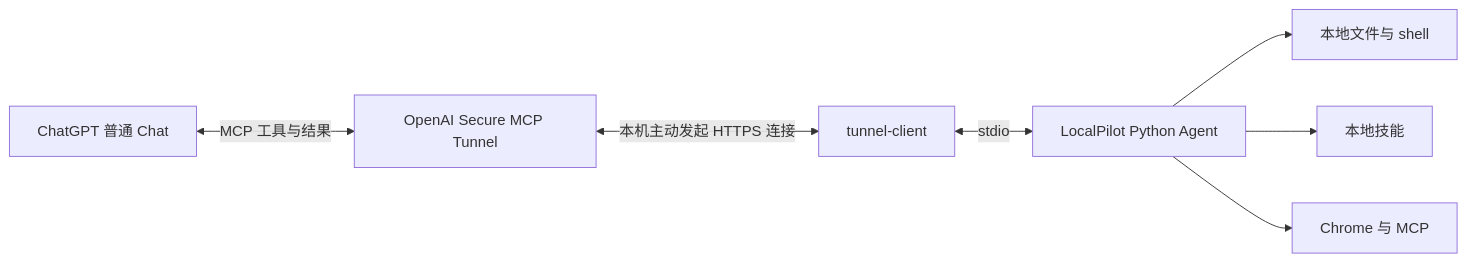
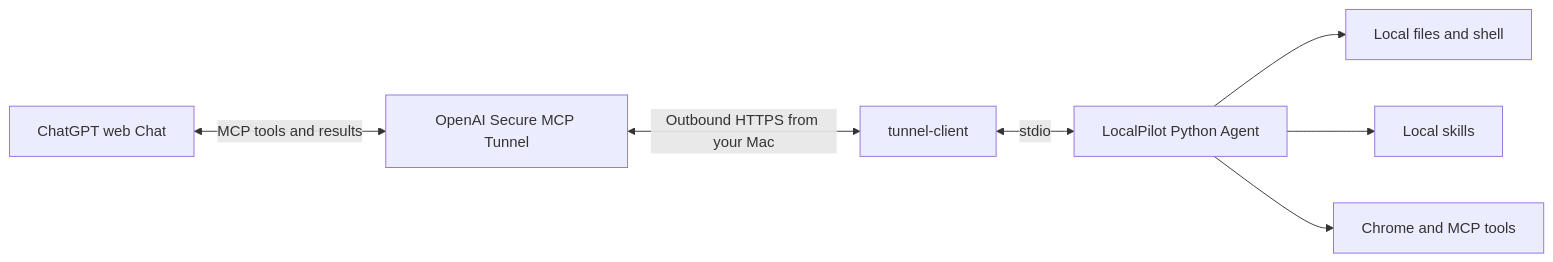
The diagram in README.md (a252937166/LocalPilot), drawn with Mermaid before and after one commit. The commit also changed other lines of this file and 3 other files, not shown here.

````diff
--- a/README.md
+++ b/README.md
@@ -37,9 +41,9 @@
 ```mermaid
 flowchart LR
-    A[ChatGPT 普通 Chat] <-->|MCP 工具与结果| B[OpenAI Secure MCP Tunnel]
-    B <-->|本机主动发起 HTTPS 连接| C[tunnel-client]
+    A[ChatGPT web Chat] <-->|MCP tools and results| B[OpenAI Secure MCP Tunnel]
+    B <-->|Outbound HTTPS from your Mac| C[tunnel-client]
     C <-->|stdio| D[LocalPilot Python Agent]
-    D --> E[本地文件与 shell]
-    D --> F[本地技能]
-    D --> G[Chrome 与 MCP]
+    D --> E[Local files and shell]
+    D --> F[Local skills]
+    D --> G[Chrome and MCP tools]
 ```
````
